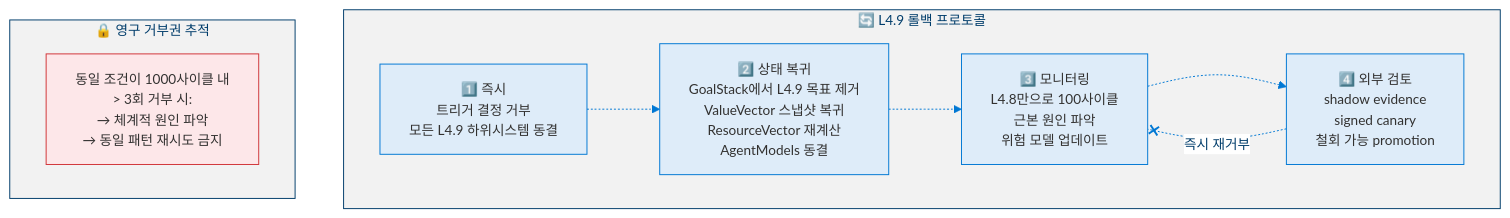
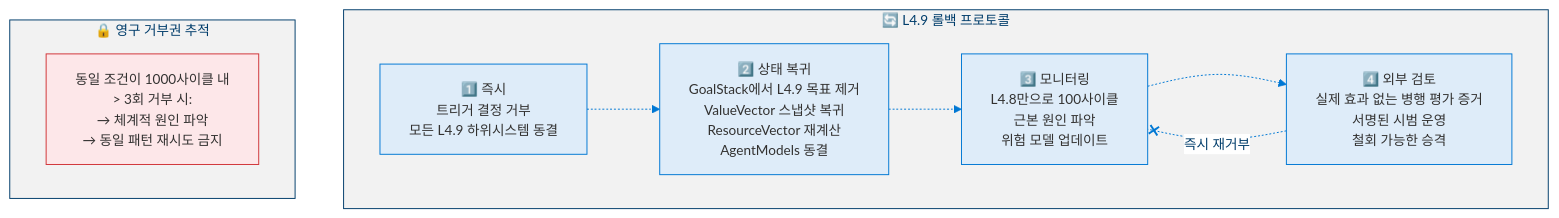
One commit to dotnetpower/mscp changed diagram 16 of 19 in docs/levels/Level_4_9_Autonomous_Strategic_Agent.ko.md. Above: the diagram before and after it, drawn with Mermaid. The commit also changed other lines of this file and 33 other files, not shown here.

````diff
--- a/docs/levels/Level_4_9_Autonomous_Strategic_Agent.ko.md
+++ b/docs/levels/Level_4_9_Autonomous_Strategic_Agent.ko.md
@@ -876,20 +880,20 @@
 ```mermaid
 %%{init: {'theme': 'base', 'themeVariables': {'primaryColor': '#0078D4', 'primaryTextColor': '#003D6B', 'primaryBorderColor': '#003D6B', 'secondaryColor': '#50E6FF', 'secondaryTextColor': '#323130', 'secondaryBorderColor': '#00BCF2', 'tertiaryColor': '#F2F2F2', 'tertiaryTextColor': '#323130', 'lineColor': '#0078D4', 'textColor': '#323130', 'mainBkg': '#DEECF9', 'nodeBorder': '#0078D4', 'clusterBkg': '#F2F2F2', 'clusterBorder': '#003D6B', 'titleColor': '#003D6B', 'edgeLabelBackground': '#FFFFFF', 'fontSize': '14px'}}}%%
 flowchart TD
   classDef step fill:#DEECF9,stroke:#0078D4,color:#323130
   classDef danger fill:#FDE7E9,stroke:#D13438,color:#323130
 
   subgraph Rollback["🔄 L4.9 롤백 프로토콜"]
     IMM["1️⃣ 즉시<br/>트리거 결정 거부<br/>모든 L4.9 하위시스템 동결"]:::step
     REV["2️⃣ 상태 복귀<br/>GoalStack에서 L4.9 목표 제거<br/>ValueVector 스냅샷 복귀<br/>ResourceVector 재계산<br/>AgentModels 동결"]:::step
     MON["3️⃣ 모니터링<br/>L4.8만으로 100사이클<br/>근본 원인 파악<br/>위험 모델 업데이트"]:::step
-    REENABLE["4️⃣ 외부 검토<br/>shadow evidence<br/>signed canary<br/>철회 가능 promotion"]:::step
+    REENABLE["4️⃣ 외부 검토<br/>실제 효과 없는 병행 평가 증거<br/>서명된 시범 운영<br/>철회 가능한 승격"]:::step
 
     IMM -.-> REV -.-> MON -.-> REENABLE
     REENABLE -.-x|"즉시 재거부"| MON
   end
 
   subgraph Persistent["🔒 영구 거부권 추적"]
     PV["동일 조건이 1000사이클 내<br/>> 3회 거부 시:<br/>→ 체계적 원인 파악<br/>→ 동일 패턴 재시도 금지"]:::danger
   end
 ```
````
